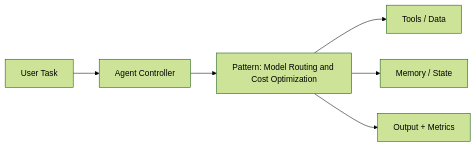
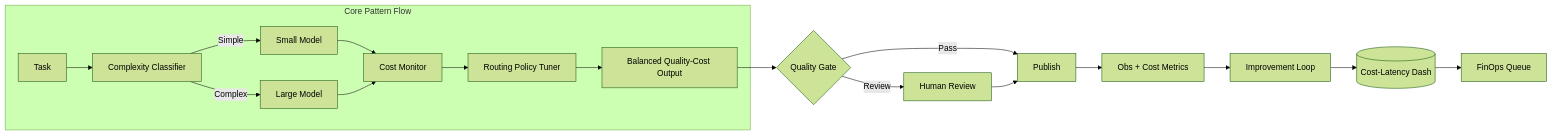
Before and after one commit to vivekreeves/agentic-design-patterns-lab: the diagram in notebooks/level_06_agent_operations_and_finops/31_model_routing_and_cost_optimization_architecture.md, drawn with Mermaid (forest theme). The commit also changed 71 other files, not shown here.

````diff
--- a/notebooks/level_06_agent_operations_and_finops/31_model_routing_and_cost_optimization_architecture.md
+++ b/notebooks/level_06_agent_operations_and_finops/31_model_routing_and_cost_optimization_architecture.md
@@ -5,8 +5,20 @@
 ```mermaid
 flowchart LR
-  Q[User Task] --> A[Agent Controller]
-  A --> P[Pattern: Model Routing and Cost Optimization]
-  P --> T[Tools / Data]
-  P --> M[Memory / State]
-  P --> O[Output + Metrics]
+  subgraph CoreFlow[Core Pattern Flow]
+    T[Task] --> CX[Complexity Classifier]
+    CX -->|Simple| SM[Small Model]
+    CX -->|Complex| LM[Large Model]
+    SM --> CM[Cost Monitor]
+    LM --> CM
+    CM --> RT[Routing Policy Tuner]
+    RT --> O[Balanced Quality-Cost Output]
+  end
+  O --> QG{Quality Gate}
+  QG -->|Pass| PUB[Publish]
+  QG -->|Review| HREV[Human Review]
+  HREV --> PUB
+  PUB --> OBS[Obs + Cost Metrics]
+  OBS --> LOOP[Improvement Loop]
+  LOOP --> CDB[(Cost-Latency Dash)]
+  CDB --> ACT[FinOps Queue]
 ```
````
